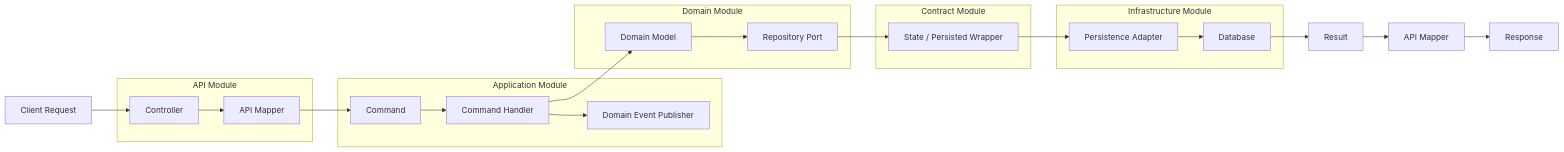
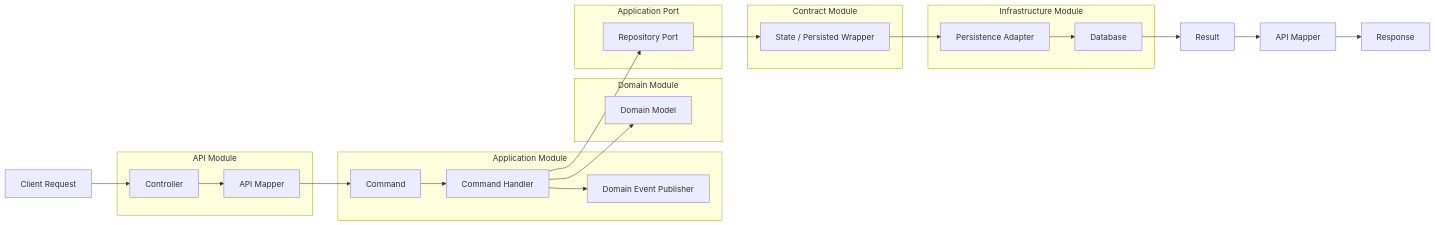
The first of 3 diagrams in README.md (woojun-k/pabal), drawn with Mermaid before and after one commit. The commit also changed other lines of this file and 7 other files, not shown here.

````diff
--- a/README.md
+++ b/README.md
@@ -193,32 +202,35 @@
 ```mermaid
 flowchart LR
     A["Client Request"] --> B["Controller"]
 
     subgraph API["API Module"]
         B --> C["API Mapper"]
     end
 
     subgraph APP["Application Module"]
         C --> D["Command"]
         D --> E["Command Handler"]
         E --> F["Domain Event Publisher"]
     end
 
     subgraph DOMAIN["Domain Module"]
         E --> G["Domain Model"]
-        G --> H["Repository Port"]
+    end
+
+    subgraph PORT["Application Port"]
+        E --> H["Repository Port"]
     end
 
     subgraph CONTRACT["Contract Module"]
         H --> I["State / Persisted Wrapper"]
     end
 
     subgraph INFRA["Infrastructure Module"]
         I --> J["Persistence Adapter"]
         J --> K["Database"]
     end
 
     K --> L["Result"]
     L --> M["API Mapper"]
     M --> N["Response"]
 ```
````
